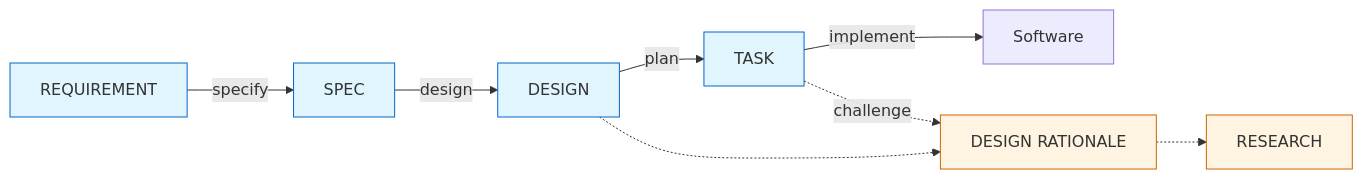
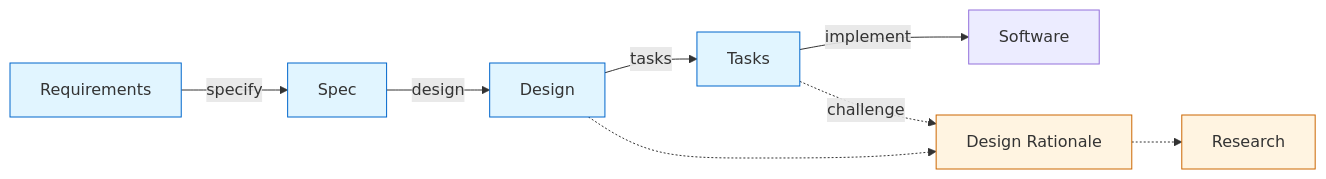
The diagram in framework-design.md (mynghn/leanplan), drawn with Mermaid before and after one commit. The commit also changed other lines of this file and 12 other files, not shown here.

````diff
--- a/framework-design.md
+++ b/framework-design.md
@@ -48,15 +48,15 @@
 ```mermaid
 flowchart LR
-    REQ[REQUIREMENT] -- specify --> SPEC
-    SPEC -- design --> DESIGN
-    DESIGN -- plan --> TASK
-    TASK -- implement --> SW[Software]
-    DESIGN -.-> RAT[DESIGN RATIONALE]
-    RAT -.-> RES[RESEARCH]
-    TASK -. challenge .-> RAT
+    REQ[Requirements] -- specify --> Spec
+    Spec -- design --> Design
+    Design -- tasks --> Tasks
+    Tasks -- implement --> SW[Software]
+    Design -.-> RAT[Design Rationale]
+    RAT -.-> RES[Research]
+    Tasks -. challenge .-> RAT
 
     classDef surface fill:#e1f5ff,stroke:#0066cc
     classDef archive fill:#fff4e1,stroke:#cc6600
-    class REQ,SPEC,DESIGN,TASK surface
+    class REQ,Spec,Design,Tasks surface
     class RAT,RES archive
 ```
````
